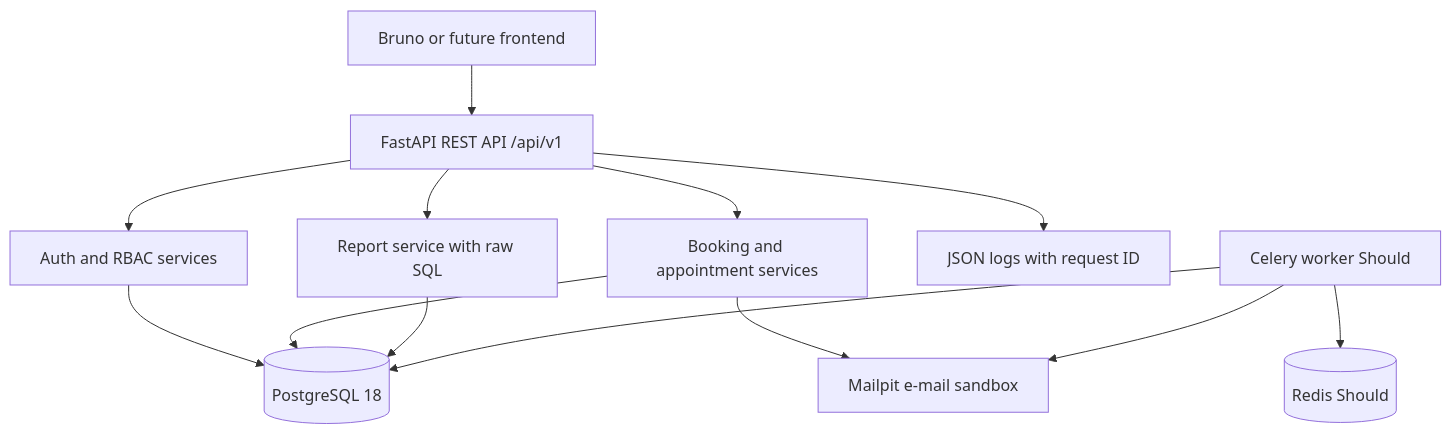
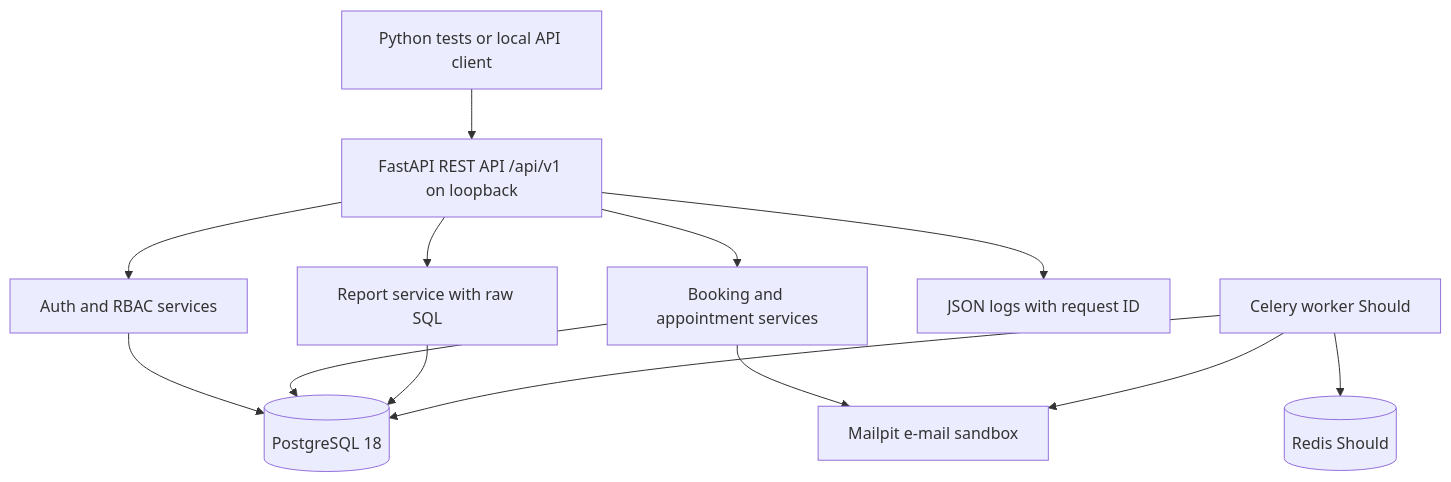
The diagram in README.md (sukurcf/spec-clinicq-appointment-api), drawn with Mermaid before and after one commit. The commit also changed other lines of this file and 14 other files, not shown here.

````diff
--- a/README.md
+++ b/README.md
@@ -33,15 +36,15 @@
 ```mermaid
 flowchart TD
-  Client["Bruno or future frontend"] --> API["FastAPI REST API /api/v1"]
+  Client["Python tests or local API client"] --> API["FastAPI REST API /api/v1 on loopback"]
   API --> Auth["Auth and RBAC services"]
   API --> Booking["Booking and appointment services"]
   API --> Reports["Report service with raw SQL"]
   Auth --> DB[("PostgreSQL 18")]
   Booking --> DB
   Reports --> DB
   API --> Logs["JSON logs with request ID"]
   Booking --> Mailpit["Mailpit e-mail sandbox"]
   Worker["Celery worker Should"] --> Redis[("Redis Should")]
   Worker --> DB
   Worker --> Mailpit
 ```
````
